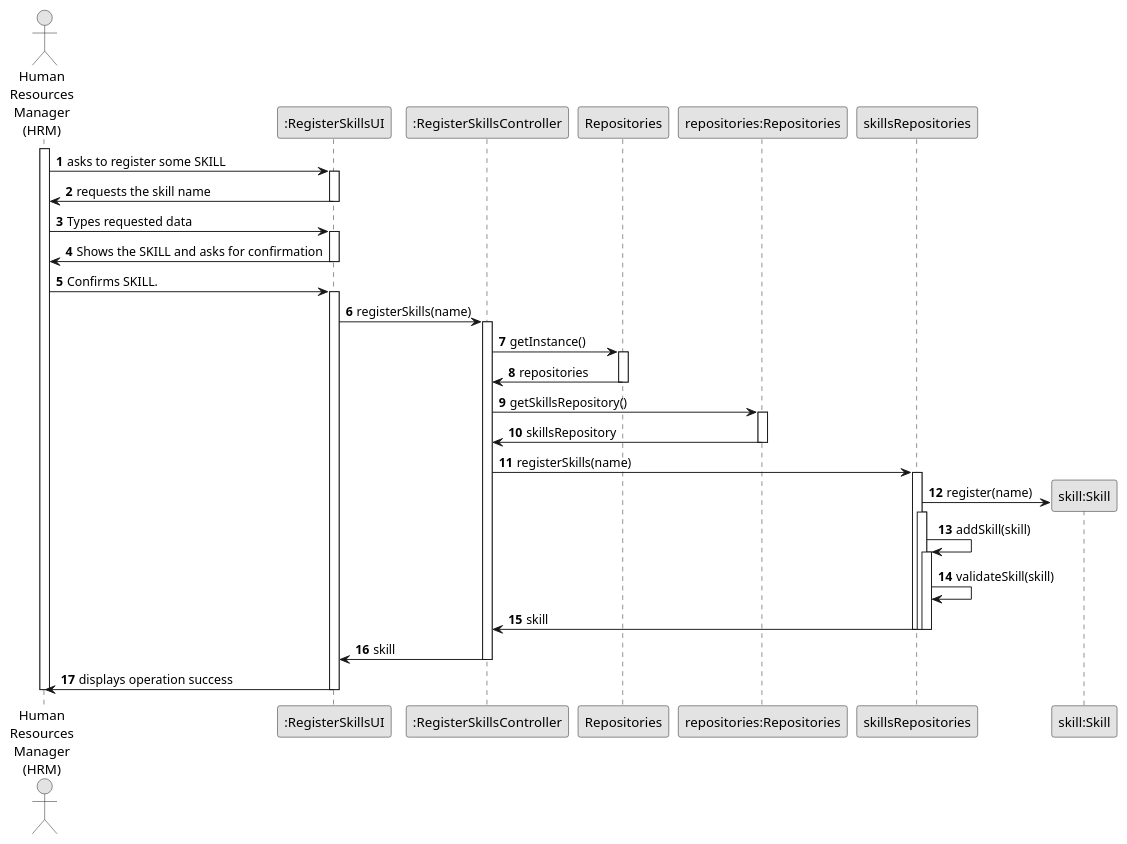
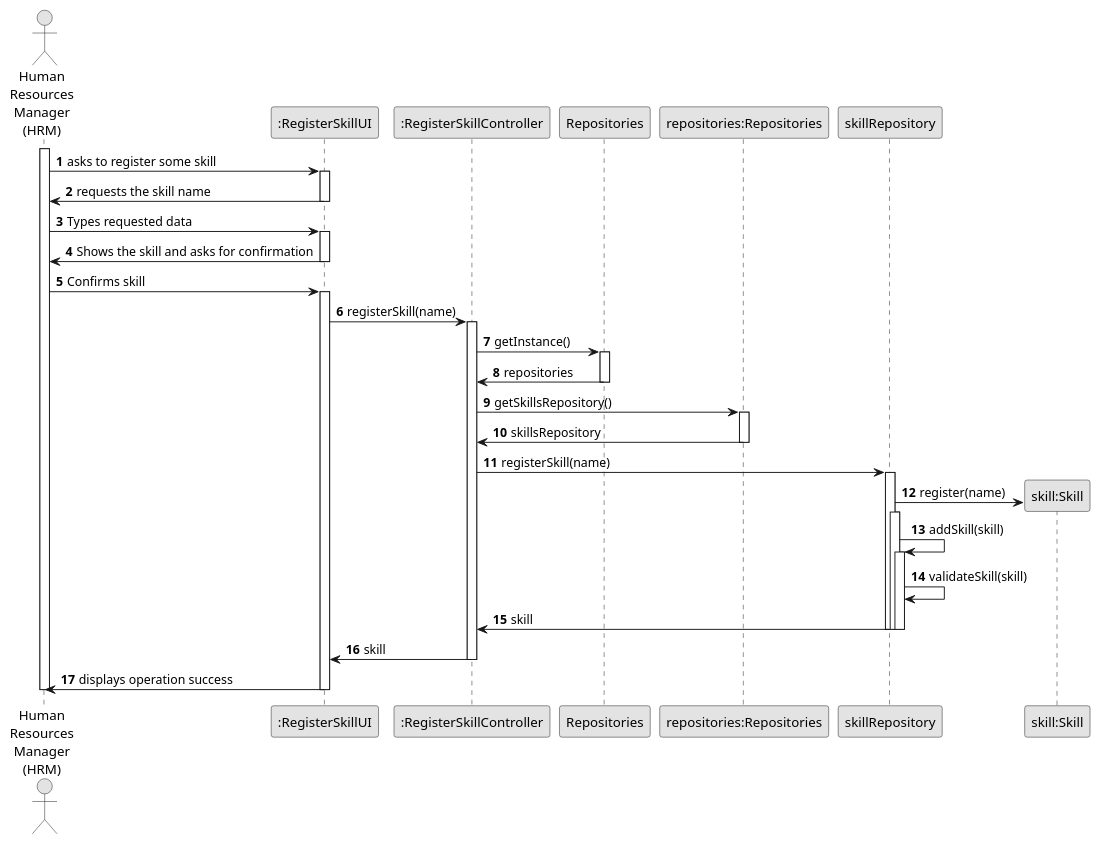
Before and after one commit to diogoveirospro/lei-24-s2-1dg-g072: the diagram in docs/sprintB/us001/03.design/puml/us001-sequence-diagram-full.puml, drawn with PlantUML. The commit also changed 2 other files, not shown here.

Commit message:
US2's Sequence Diagram

```diff
--- a/docs/sprintB/us001/03.design/puml/us001-sequence-diagram-full.puml
+++ b/docs/sprintB/us001/03.design/puml/us001-sequence-diagram-full.puml
@@ -1,75 +1,78 @@
 @startuml
 skinparam monochrome true
 skinparam packageStyle rectangle
 skinparam shadowing false
 
 autonumber
 
 'hide footbox
 actor "Human\nResources\nManager\n(HRM)" as HRM
-participant ":RegisterSkillsUI" as UI
-participant ":RegisterSkillsController" as CTRL
+participant ":RegisterSkillUI" as UI
+participant ":RegisterSkillController" as CTRL
 participant Repositories
 participant "repositories:Repositories" as REP
-participant "skillsRepositories" as SREP
-participant "skill:Skill" as SKILL
+participant "skillRepository" as SREP
+participant "skill:Skill" as skill
 
 activate HRM
 
 
-        HRM -> UI : asks to register some SKILL
+        HRM -> UI : asks to register some skill
         activate UI
 
                 UI -> HRM : requests the skill name
         deactivate UI
         HRM -> UI: Types requested data
         activate UI
 
-                UI -> HRM : Shows the SKILL and asks for confirmation
+                UI -> HRM : Shows the skill and asks for confirmation
         deactivate UI
-        HRM -> UI : Confirms SKILL.
+        HRM -> UI : Confirms skill
         activate UI
 
-                UI -> CTRL: registerSkills(name)
+                UI -> CTRL: registerSkill(name)
 
                 activate CTRL
 
                         CTRL -> Repositories: getInstance()
 
                         activate Repositories
 
                                 Repositories -> CTRL: repositories
                         deactivate Repositories
 
                         CTRL -> REP: getSkillsRepository()
                         activate REP
 
                                 REP -> CTRL: skillsRepository
                         deactivate REP
-                        CTRL -> SREP: registerSkills(name)
+                        CTRL -> SREP: registerSkill(name)
                         activate SREP
 
-                                SREP -> SKILL**: register(name)
+                                SREP -> skill**: register(name)
                                 activate SREP
 
                                 SREP -> SREP: addSkill(skill)
                                         activate SREP
                                         SREP -> SREP: validateSkill(skill)
 
 
 
 
 
                                 SREP -> CTRL: skill
+
                                         deactivate SREP
+
                                 deactivate SREP
+
                         deactivate SREP
 
                         CTRL -> UI: skill
                 deactivate CTRL
 
                 UI -> HRM: displays operation success
         deactivate UI
 deactivate HRM
 
 @enduml
```
